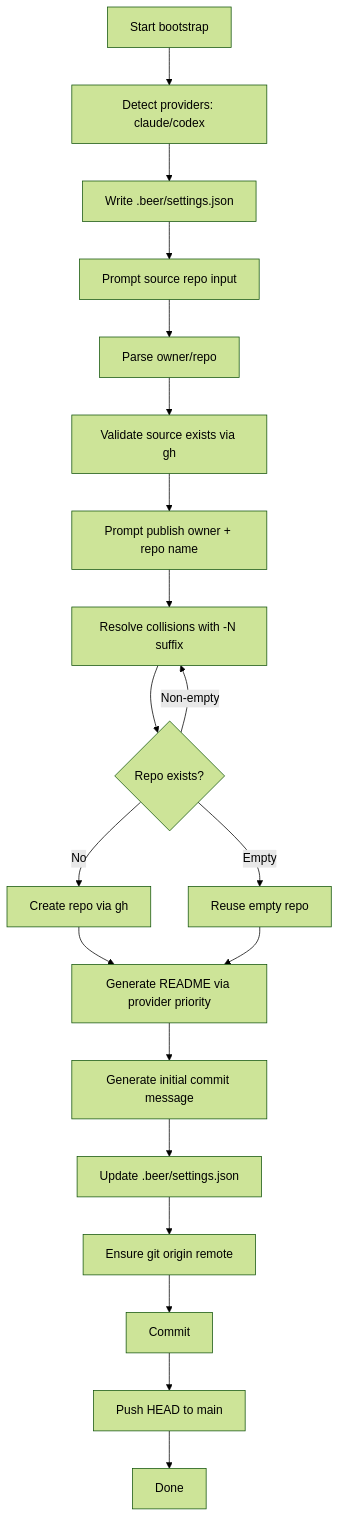
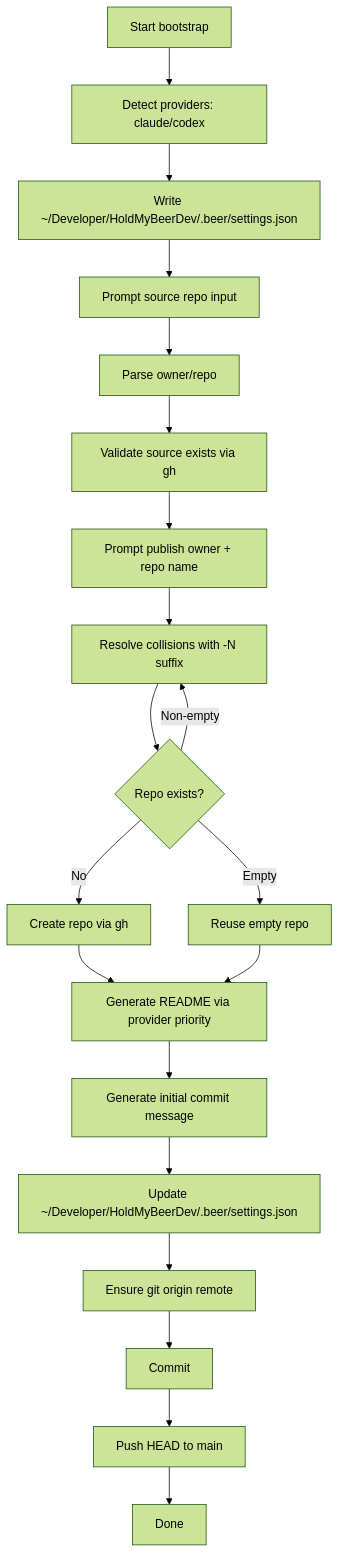
The first of 2 diagrams in doc/bootstrap-flow.md (ex3ndr/holdmybeer), drawn with Mermaid (forest theme) before and after one commit. The commit also changed 6 other files, not shown here.

Commit message:
feat(config): use HoldMyBeerDev as default dev folder

````diff
--- a/doc/bootstrap-flow.md
+++ b/doc/bootstrap-flow.md
@@ -7,22 +7,22 @@
 ```mermaid
 flowchart TD
   A[Start bootstrap] --> B[Detect providers: claude/codex]
-  B --> C[Write .beer/settings.json]
+  B --> C[Write ~/Developer/HoldMyBeerDev/.beer/settings.json]
   C --> D[Prompt source repo input]
   D --> E[Parse owner/repo]
   E --> F[Validate source exists via gh]
   F --> G[Prompt publish owner + repo name]
   G --> H[Resolve collisions with -N suffix]
   H --> I{Repo exists?}
   I -->|No| J[Create repo via gh]
   I -->|Empty| K[Reuse empty repo]
   I -->|Non-empty| H
   J --> L[Generate README via provider priority]
   K --> L
   L --> M[Generate initial commit message]
-  M --> N[Update .beer/settings.json]
+  M --> N[Update ~/Developer/HoldMyBeerDev/.beer/settings.json]
   N --> O[Ensure git origin remote]
   O --> P[Commit]
   P --> Q[Push HEAD to main]
   Q --> R[Done]
 ```
````
